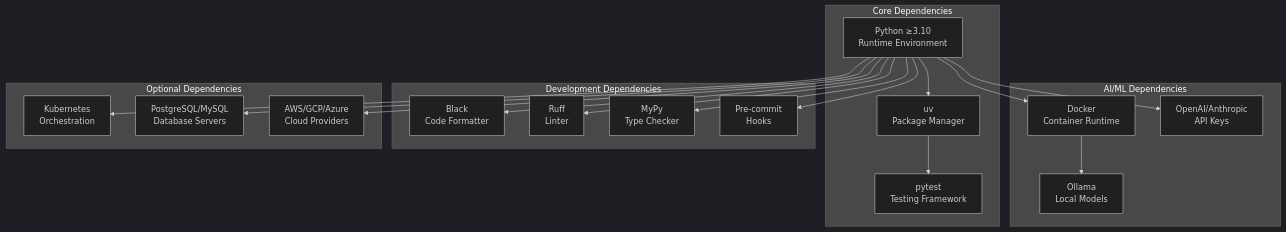
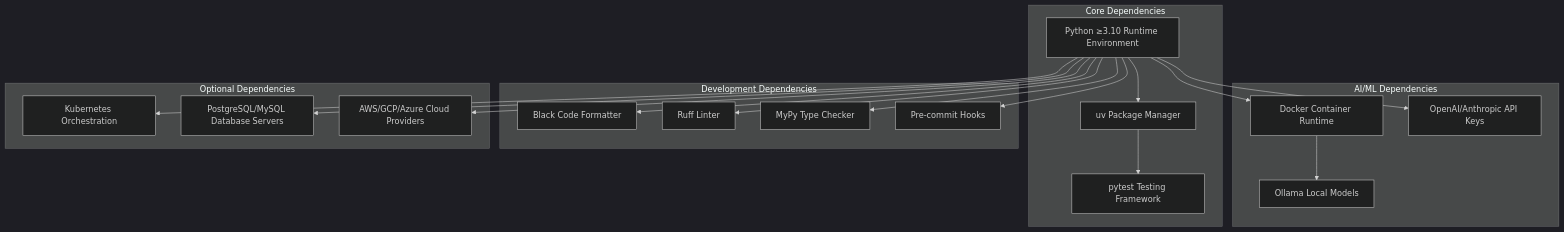
Diagram 11 of 12 in README.md (docxology/codomyrmex), drawn with Mermaid (dark theme) before and after one commit. The commit also changed other lines of this file and 21 other files, not shown here.

````diff
--- a/README.md
+++ b/README.md
@@ -1104,42 +1261,42 @@
 ```mermaid
 graph TD
-    subgraph "Core Dependencies"
-        CorePy["Python ≥3.10<br/>Runtime Environment"]
-        CoreUV["uv<br/>Package Manager"]
-        CorePyTest["pytest<br/>Testing Framework"]
+    subgraph coreDeps ["Core Dependencies"]
+        CorePy["Python ≥3.10 Runtime Environment"]
+        CoreUV["uv Package Manager"]
+        CorePyTest["pytest Testing Framework"]
     end
 
-    subgraph "AI/ML Dependencies"
-        AIDocker["Docker<br/>Container Runtime"]
-        AIModels["Ollama<br/>Local Models"]
-        AIAPI["OpenAI/Anthropic<br/>API Keys"]
+    subgraph aiMLDeps ["AI/ML Dependencies"]
+        AIDocker["Docker Container Runtime"]
+        AIModels["Ollama Local Models"]
+        AIAPI["OpenAI/Anthropic API Keys"]
     end
 
-    subgraph "Development Dependencies"
-        DevBlack["Black<br/>Code Formatter"]
-        DevRuff["Ruff<br/>Linter"]
-        DevMyPy["MyPy<br/>Type Checker"]
-        DevPreCommit["Pre-commit<br/>Hooks"]
+    subgraph devDeps ["Development Dependencies"]
+        DevBlack["Black Code Formatter"]
+        DevRuff["Ruff Linter"]
+        DevMyPy["MyPy Type Checker"]
+        DevPreCommit["Pre-commit Hooks"]
     end
 
-    subgraph "Optional Dependencies"
-        OptKubernetes["Kubernetes<br/>Orchestration"]
-        OptDatabases["PostgreSQL/MySQL<br/>Database Servers"]
-        OptCloud["AWS/GCP/Azure<br/>Cloud Providers"]
+    subgraph optDeps ["Optional Dependencies"]
+        OptKubernetes["Kubernetes Orchestration"]
+        OptDatabases["PostgreSQL/MySQL Database Servers"]
+        OptCloud["AWS/GCP/Azure Cloud Providers"]
     end
 
     CorePy --> CoreUV
     CoreUV --> CorePyTest
     CorePy --> DevBlack
     CorePy --> DevRuff
     CorePy --> DevMyPy
     CorePy --> DevPreCommit
 
     CorePy --> AIDocker
     AIDocker --> AIModels
     CorePy --> AIAPI
 
     CorePy --> OptKubernetes
     CorePy --> OptDatabases
     CorePy --> OptCloud
 ```
````
